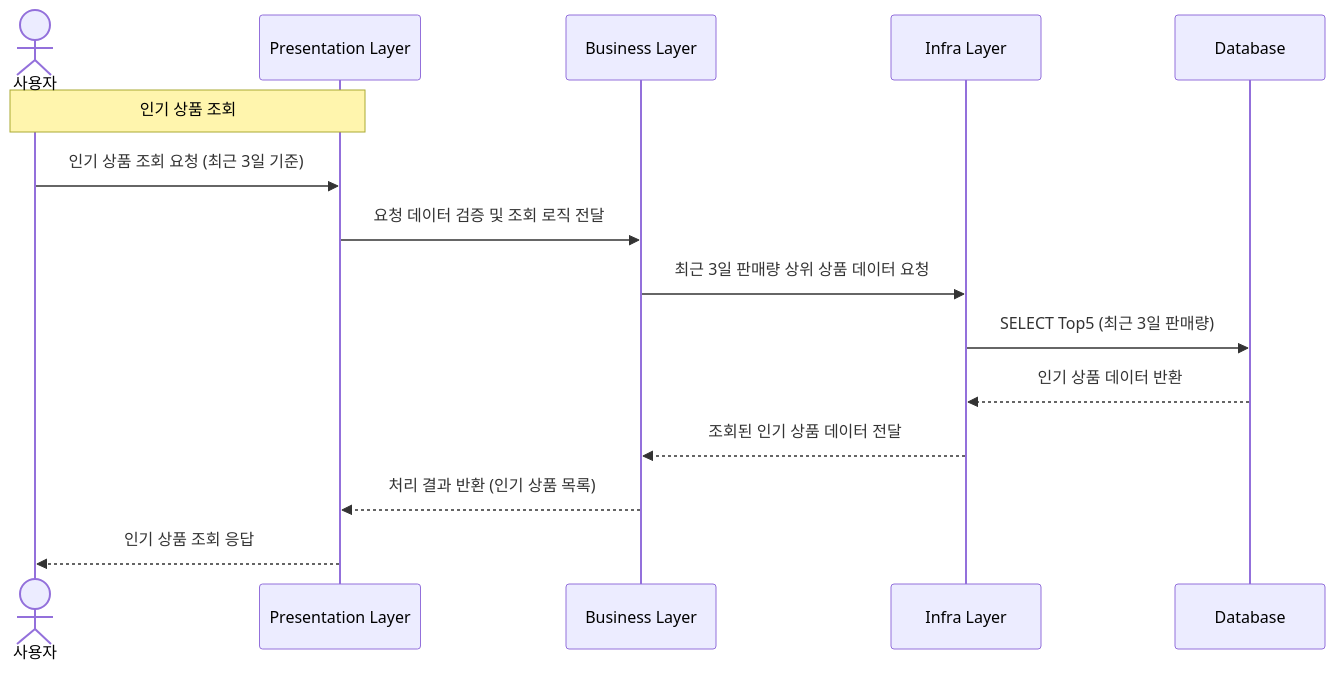
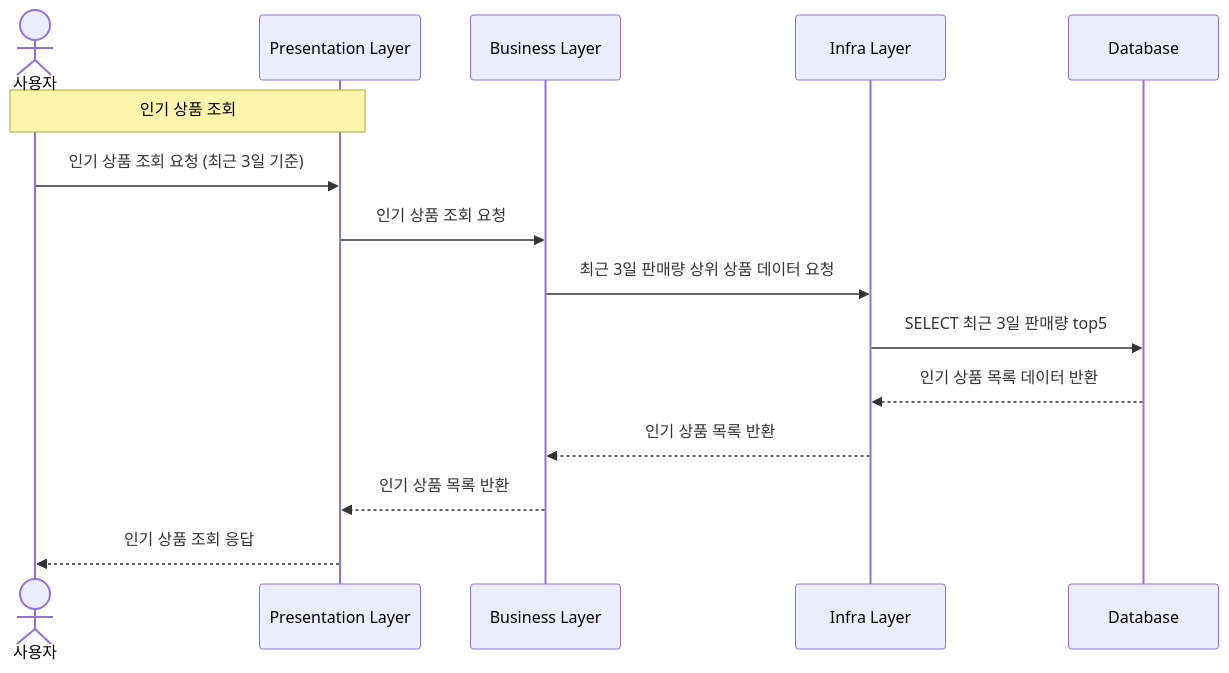
Before and after one commit to dhgudtmxhs/hhplus-ecommerce: the fifth of 6 diagrams in README.md, drawn with Mermaid. The commit also changed other lines of this file, not shown here.

````diff
--- a/README.md
+++ b/README.md
@@ -148,18 +148,18 @@
 ```mermaid
 sequenceDiagram
 actor U as 사용자
 participant P as Presentation Layer
 participant B as Business Layer
 participant I as Infra Layer
 participant DB as Database
 
 Note over U,P: 인기 상품 조회
 U->>P: 인기 상품 조회 요청 (최근 3일 기준)
-P->>B: 요청 데이터 검증 및 조회 로직 전달
+P->>B: 인기 상품 조회 요청
 B->>I: 최근 3일 판매량 상위 상품 데이터 요청
-I->>DB: SELECT Top5 (최근 3일 판매량)
-DB-->>I: 인기 상품 데이터 반환
-I-->>B: 조회된 인기 상품 데이터 전달
-B-->>P: 처리 결과 반환 (인기 상품 목록)
+I->>DB: SELECT 최근 3일 판매량 top5
+DB-->>I: 인기 상품 목록 데이터 반환
+I-->>B: 인기 상품 목록 반환
+B-->>P: 인기 상품 목록 반환
 P-->>U: 인기 상품 조회 응답
 ```
````
